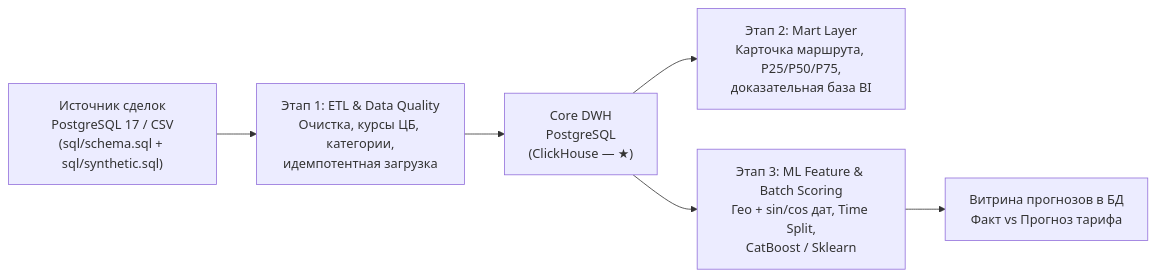
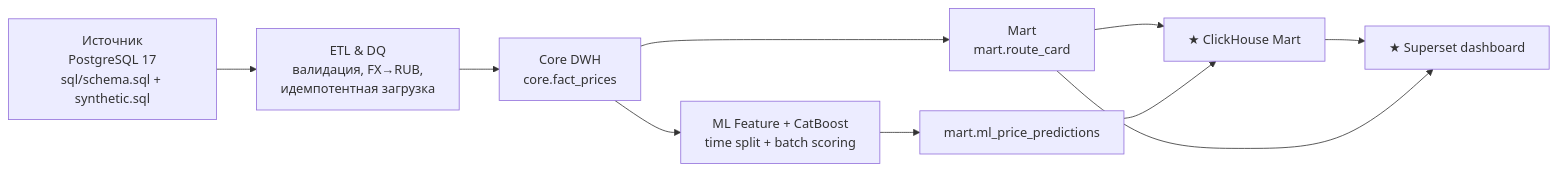
One commit to dimitriy-tolstikov/smart-logistics-de changed the diagram in README.md. Above: the diagram before and after it, drawn with Mermaid. The commit also changed other lines of this file, not shown here.

````diff
--- a/README.md
+++ b/README.md
@@ -218,8 +7,12 @@
 ```mermaid
 flowchart LR
-    SRC["Источник сделок<br/>PostgreSQL 17 / CSV<br/>(sql/schema.sql + sql/synthetic.sql)"] --> ETL["Этап 1: ETL & Data Quality<br/>Очистка, курсы ЦБ, категории,<br/>идемпотентная загрузка"]
-    ETL --> DWH["Core DWH<br/>PostgreSQL<br/>(ClickHouse — ★)"]
-    DWH --> MART["Этап 2: Mart Layer<br/>Карточка маршрута, P25/P50/P75,<br/>доказательная база BI"]
-    DWH --> ML["Этап 3: ML Feature & Batch Scoring<br/>Гео + sin/cos дат, Time Split,<br/>CatBoost / Sklearn"]
-    ML --> PRED["Витрина прогнозов в БД<br/>Факт vs Прогноз тарифа"]
+    SRC["Источник<br/>PostgreSQL 17<br/>sql/schema.sql + synthetic.sql"] --> ETL["ETL & DQ<br/>валидация, FX→RUB,<br/>идемпотентная загрузка"]
+    ETL --> CORE["Core DWH<br/>core.fact_prices"]
+    CORE --> MART["Mart<br/>mart.route_card"]
+    CORE --> ML["ML Feature + CatBoost<br/>time split + batch scoring"]
+    ML --> PRED["mart.ml_price_predictions"]
+    MART --> CH["★ ClickHouse Mart"]
+    PRED --> CH
+    CH --> BI["★ Superset dashboard"]
+    MART --> BI
 ```
````
